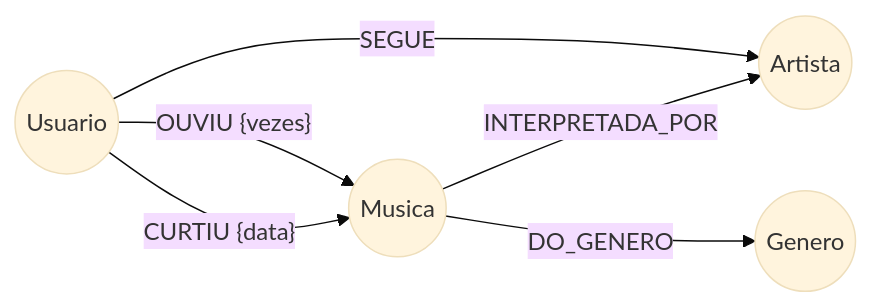
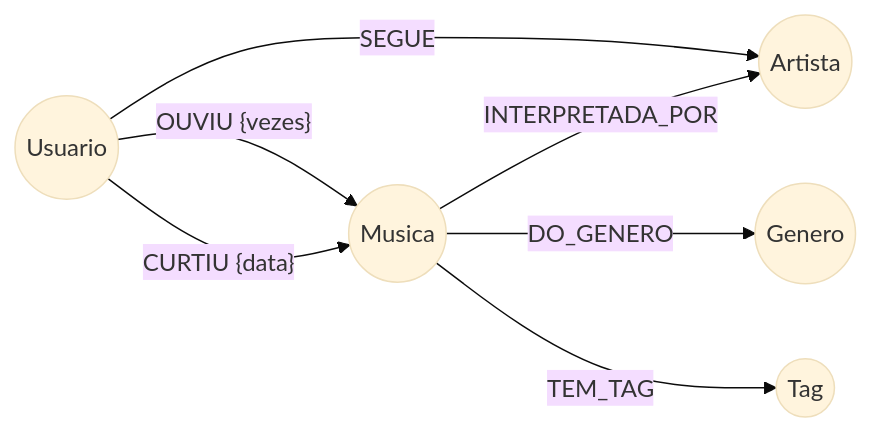
Before and after one commit to KLoriaMeiraN/recomendacao-musicas-neo4j: the diagram in README.md, drawn with Mermaid (base theme). The commit also changed other lines of this file and 5 other files, not shown here.

````diff
--- a/README.md
+++ b/README.md
@@ -11,8 +11,9 @@
 ```mermaid
 graph LR
   U((Usuario)) -- "OUVIU {vezes}" --> M((Musica))
   U -- "CURTIU {data}" --> M
   U -- SEGUE --> A((Artista))
   M -- INTERPRETADA_POR --> A
   M -- DO_GENERO --> G((Genero))
+  M -- TEM_TAG --> T((Tag))
 ```
````
